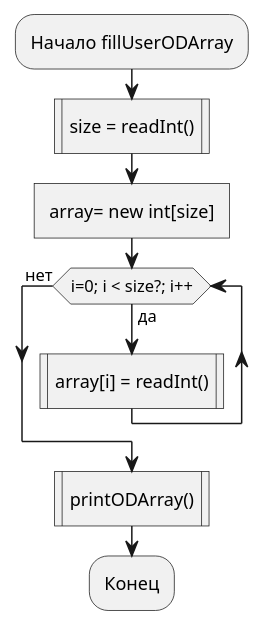
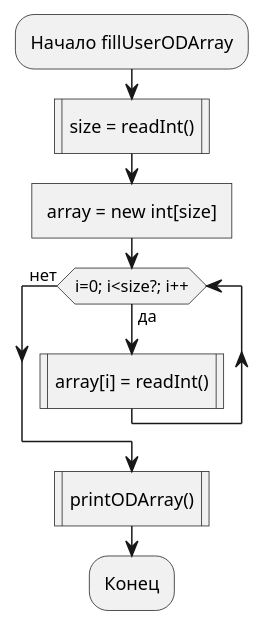
One commit to mrandrewer/hse-java-lab2 changed the second of 8 diagrams in diagrams.md. Above: the diagram before and after it, drawn with PlantUML. The commit also changed other lines of this file, not shown here.

Commit message:
Diagrams for tasks 1.1-1.6

````diff
--- a/diagrams.md
+++ b/diagrams.md
@@ -18,12 +19,13 @@
 ```plantuml
 @startuml
+skinparam ConditionEndStyle hline
 :Начало fillUserODArray;
-:size = readInt(); <<procedure>> 
-:array= new int[size]; <<task>> 
-while (i=0; i < size?; i++) is (да)
-  :array[i] = readInt(); <<procedure>> 
+:size = readInt(); <<procedure>>
+:array = new int[size]; <<task>>
+while (i=0; i<size?; i++) is (да)
+  :array[i] = readInt(); <<procedure>>
 endwhile (нет)
-:printODArray(); <<procedure>> 
+:printODArray(); <<procedure>>
 :Конец;
 @enduml
 ```
````
